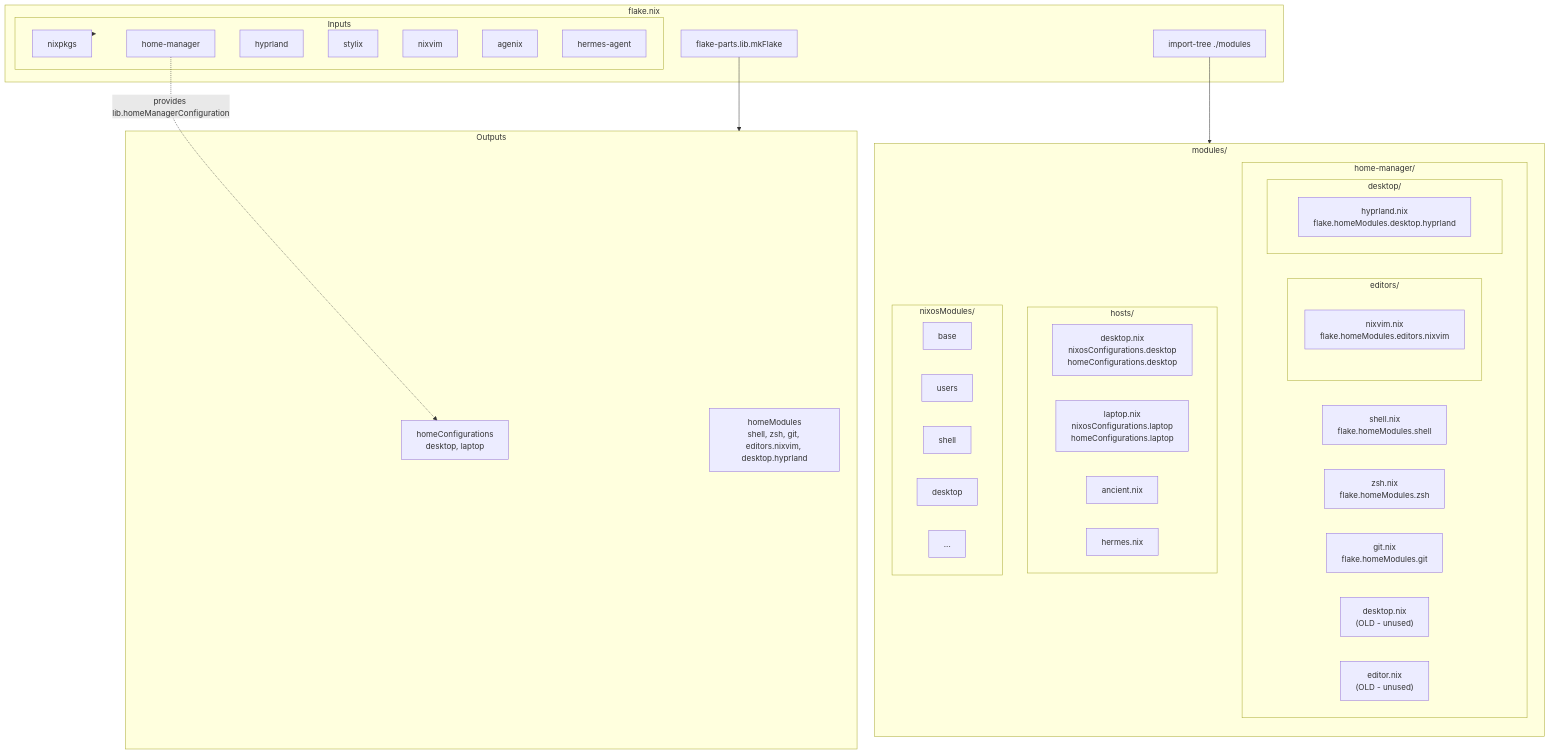
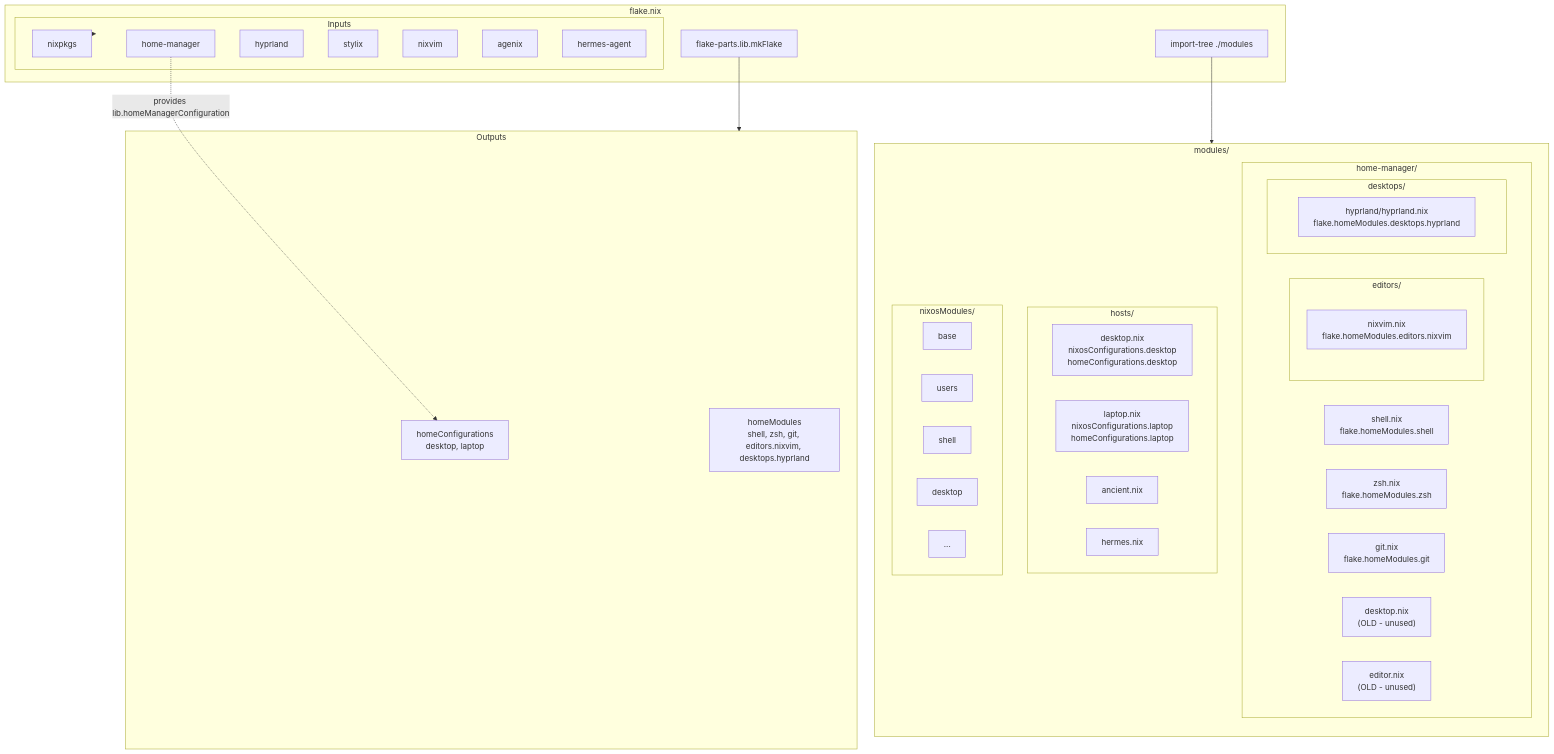
One commit to mxapd/nixos changed the first of 3 diagrams in docs/architecture.md. Above: the diagram before and after it, drawn with Mermaid. The commit also changed other lines of this file and 2 other files, not shown here.

Commit message:
refactor(home-manager): restructure desktop modules
- Rename modules/home-manager/desktop/ to desktops/
- Move hyprland.nix to desktops/hyprland/hyprland.nix
- Update export from desktop.hyprland to desktops.hyprland
- Update all references in desktop.nix and architecture.md
- Remove empty desktop directory

This creates a proper namespace for desktop environments:
- desktops.hyprland - Hyprland Wayland compositor config
- Future: desktops.plasma, desktops.gnome, etc.

````diff
--- a/docs/architecture.md
+++ b/docs/architecture.md
@@ -1,66 +1,66 @@
 ```mermaid
 flowchart TB
     subgraph Flake["flake.nix"]
         Inputs
         FP["flake-parts.lib.mkFlake"]
         IT["import-tree ./modules"]
     end
 
     subgraph Inputs["Inputs"]
         NK["nixpkgs"]
         HM["home-manager"]
         HP["hyprland"]
         ST["stylix"]
         NV["nixvim"]
         AG["agenix"]
         HA["hermes-agent"]
     end
 
     subgraph Modules["modules/"]
         direction TB
         
         subgraph HomeManager["home-manager/"]
             SH["shell.nix<br/>flake.homeModules.shell"]
             ZS["zsh.nix<br/>flake.homeModules.zsh"]
             GT["git.nix<br/>flake.homeModules.git"]
             
             subgraph Editors["editors/"]
                 NVX["nixvim.nix<br/>flake.homeModules.editors.nixvim"]
             end
             
-            subgraph Desktop["desktop/"]
-                HY["hyprland.nix<br/>flake.homeModules.desktop.hyprland"]
+            subgraph Desktops["desktops/"]
+                HY["hyprland/hyprland.nix<br/>flake.homeModules.desktops.hyprland"]
             end
             
             OLD1["desktop.nix<br/>(OLD - unused)"]
             OLD2["editor.nix<br/>(OLD - unused)"]
         end
         
         subgraph Hosts["hosts/"]
             DT["desktop.nix<br/>nixosConfigurations.desktop<br/>homeConfigurations.desktop"]
             LP["laptop.nix<br/>nixosConfigurations.laptop<br/>homeConfigurations.laptop"]
             AN["ancient.nix"]
             HR["hermes.nix"]
         end
         
         subgraph NixOS["nixosModules/"]
             NB["base"]
             US["users"]
             SD["shell"]
             DTN["desktop"]
             etc[...]
         end
     end
 
     subgraph Outputs["Outputs"]
         NixOS["nixosConfigurations<br/>desktop, laptop, ancient, hermes"]
         HomeConf["homeConfigurations<br/>desktop, laptop"]
-        HomeMod["homeModules<br/>shell, zsh, git, editors.nixvim, desktop.hyprland"]
+        HomeMod["homeModules<br/>shell, zsh, git, editors.nixvim, desktops.hyprland"]
     end
 
     Inputs --> Flake
     IT --> Modules
     FP --> Outputs
     
     HM -.->|provides lib.homeManagerConfiguration| HomeConf
 ```
````
